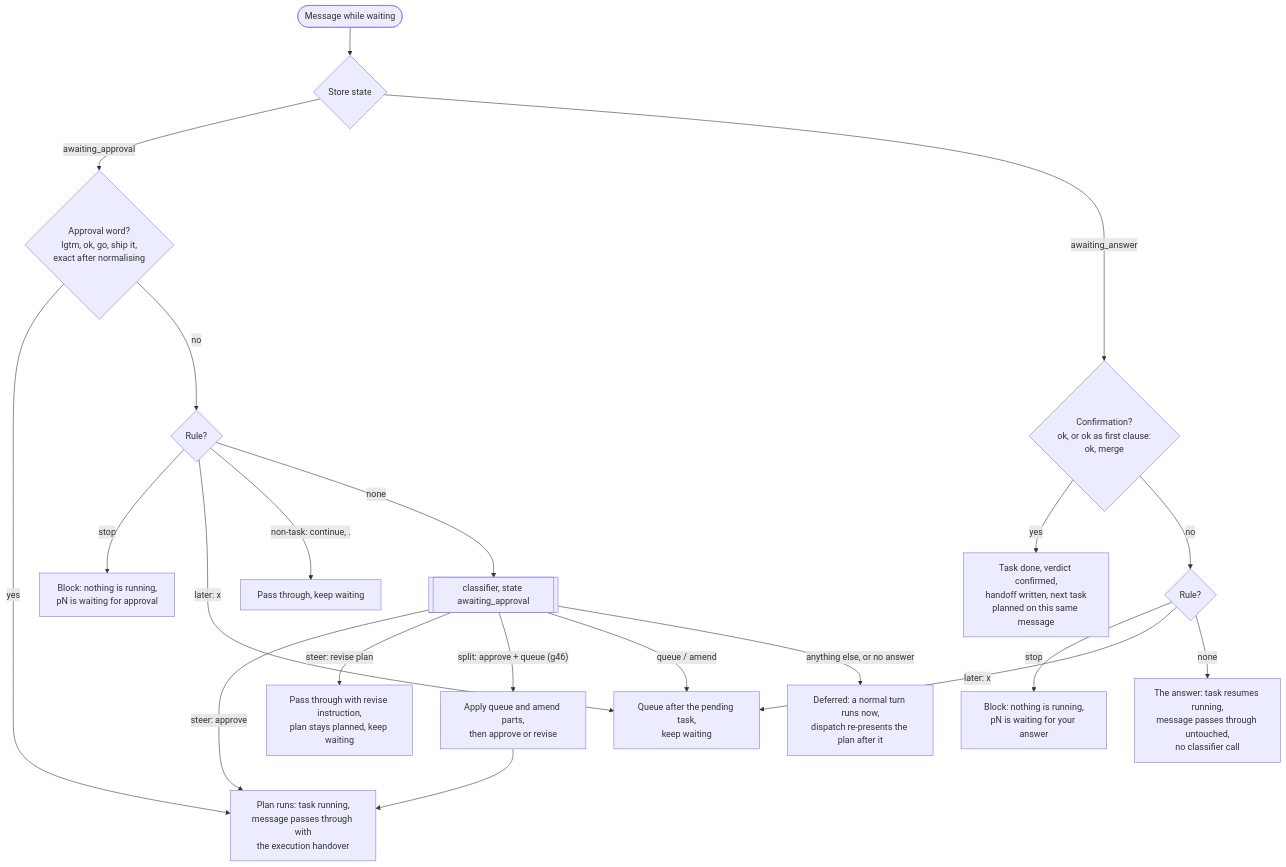
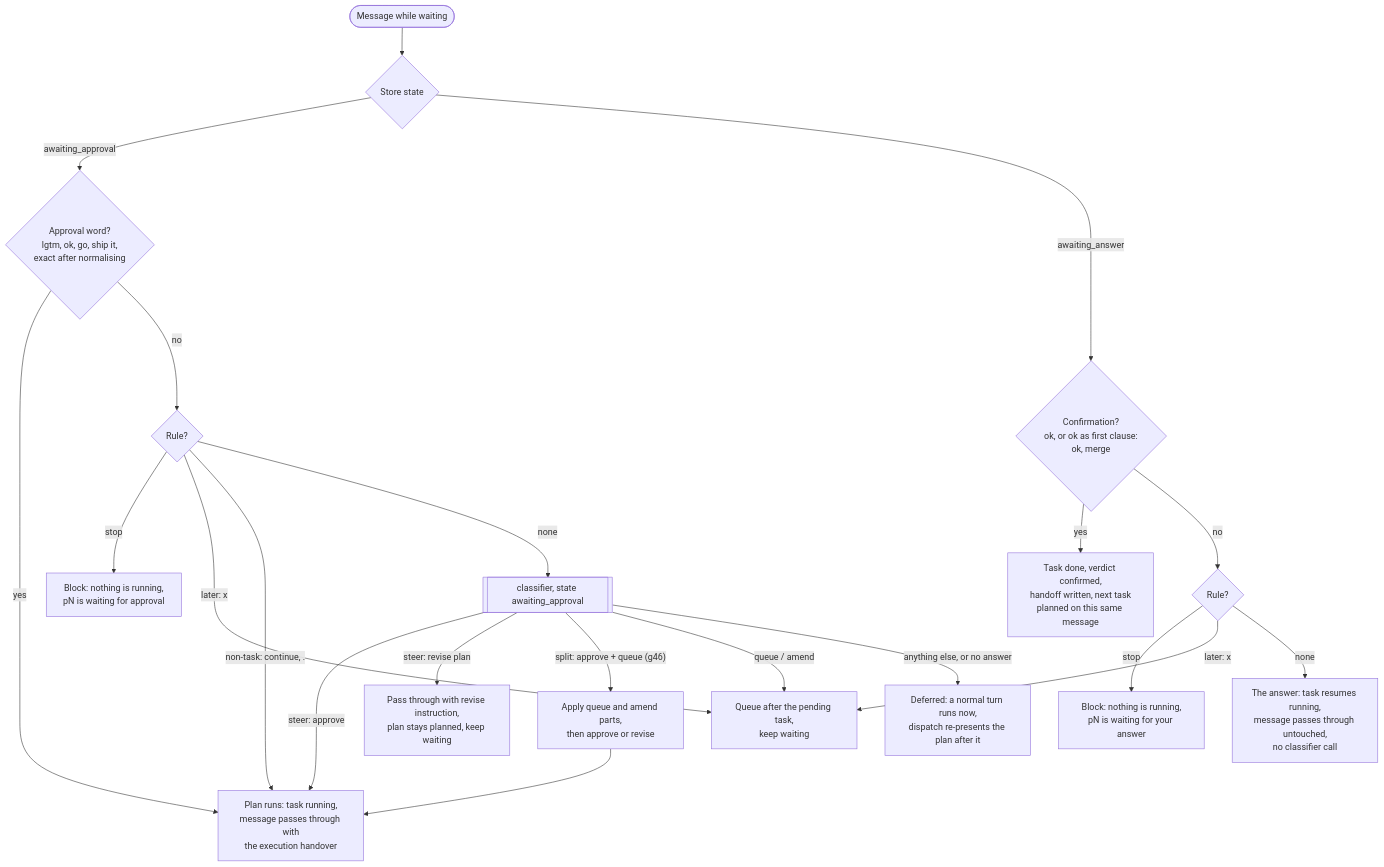
The fourth of 12 diagrams in docs/flows.md (0xEl1yahu/queue-switchclaude), drawn with Mermaid before and after one commit. The commit also changed other lines of this file and 3 other files, not shown here.

Commit message:
docs: M3 decisions, spec and diagrams as built

````diff
--- a/docs/flows.md
+++ b/docs/flows.md
@@ -124,23 +140,23 @@
 ```mermaid
 flowchart TD
     W([Message while waiting]) --> ST{Store state}
     ST -- awaiting_approval --> AP{Approval word?<br/>lgtm, ok, go, ship it,<br/>exact after normalising}
     AP -- yes --> RUN[Plan runs: task running,<br/>message passes through with<br/>the execution handover]
     AP -- no --> RW{Rule?}
     RW -- "stop" --> NOOP[Block: nothing is running,<br/>pN is waiting for approval]
     RW -- "later: x" --> QW[Queue after the pending task,<br/>keep waiting]
-    RW -- "non-task: continue, ." --> PT[Pass through, keep waiting]
+    RW -- "non-task: continue, ." --> RUN
     RW -- none --> CLW[[classifier, state awaiting_approval]]
     CLW -- "steer: approve" --> RUN
     CLW -- "steer: revise plan" --> REV[Pass through with revise instruction,<br/>plan stays planned, keep waiting]
     CLW -- "split: approve + queue (g46)" --> SPL[Apply queue and amend parts,<br/>then approve or revise]
     SPL --> RUN
     CLW -- "queue / amend" --> QW
     CLW -- "anything else, or no answer" --> DEF[Deferred: a normal turn runs now,<br/>dispatch re-presents the plan after it]
     ST -- awaiting_answer --> CF{Confirmation?<br/>ok, or ok as first clause:<br/>ok, merge}
     CF -- yes --> CONF[Task done, verdict confirmed,<br/>handoff written, next task<br/>planned on this same message]
     CF -- no --> RA{Rule?}
     RA -- "stop" --> NOOP2[Block: nothing is running,<br/>pN is waiting for your answer]
     RA -- "later: x" --> QW
     RA -- none --> ANS[The answer: task resumes running,<br/>message passes through untouched,<br/>no classifier call]
 ```
````
